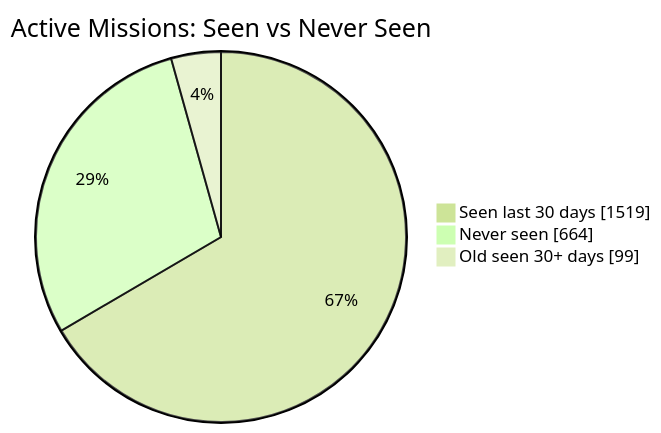
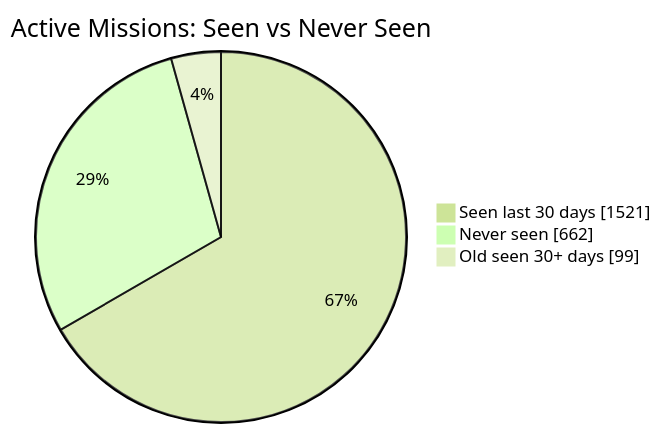
Before and after one commit to MeldkamerspelGameTeam/active-missions: the first of 2 diagrams in README.md, drawn with Mermaid (forest theme). The commit also changed other lines of this file and 2 other files, not shown here.

````diff
--- a/README.md
+++ b/README.md
@@ -34,7 +34,7 @@
 ```mermaid
 pie showData
     title Active Missions: Seen vs Never Seen
-    "Seen last 30 days" : 1519
-    "Never seen" : 664
+    "Seen last 30 days" : 1521
+    "Never seen" : 662
     "Old seen 30+ days" : 99
 ```
````
